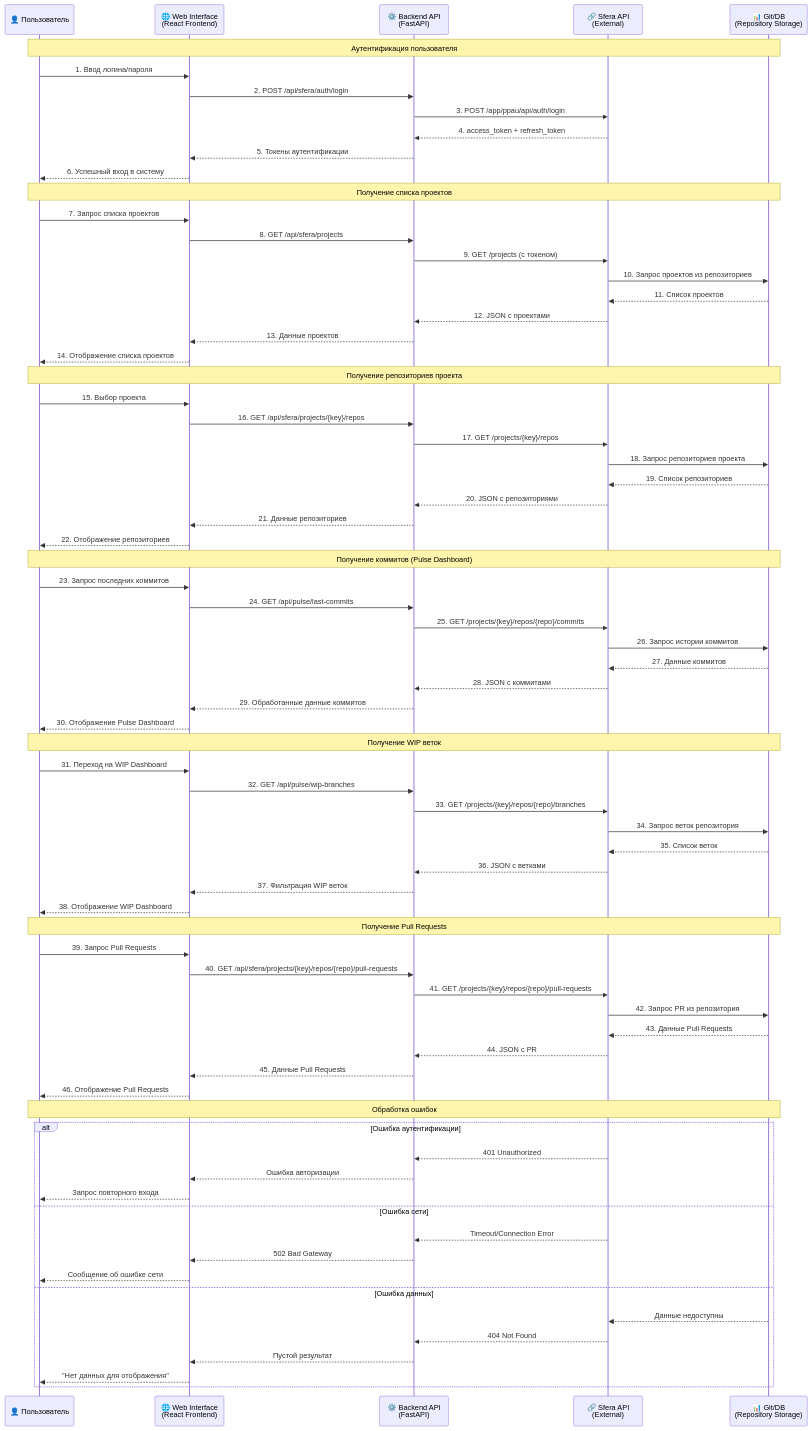
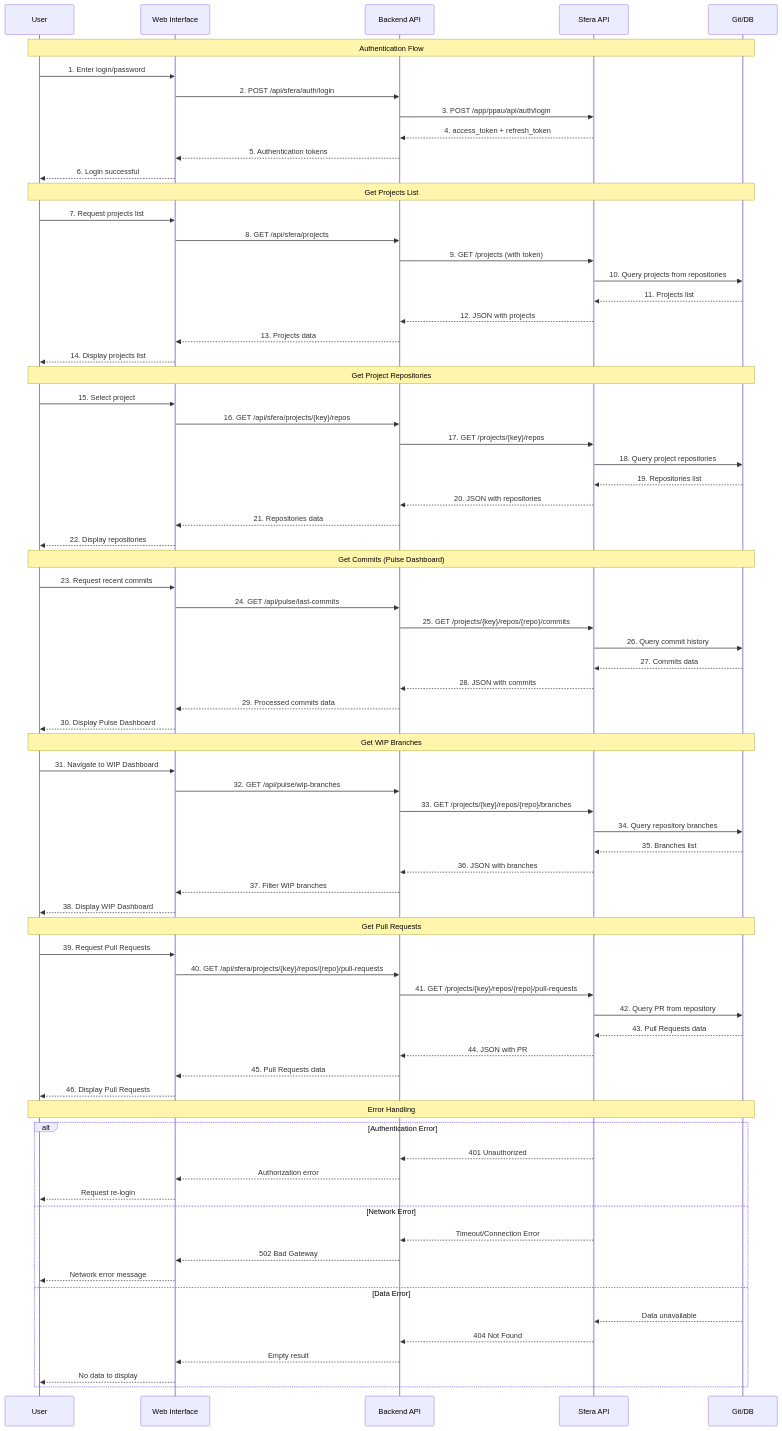
The diagram in sequence.md (topor-tech/git-hack-nsk), drawn with Mermaid before and after one commit. The commit also changed 8 other files, not shown here.

````diff
--- a/sequence.md
+++ b/sequence.md
@@ -3,82 +3,82 @@
 ```mermaid
 sequenceDiagram
-    participant User as 👤 Пользователь
-    participant WebUI as 🌐 Web Interface<br/>(React Frontend)
-    participant Backend as ⚙️ Backend API<br/>(FastAPI)
-    participant SferaAPI as 🔗 Sfera API<br/>(External)
-    participant GitDB as 📊 Git/DB<br/>(Repository Storage)
+    participant User as User
+    participant WebUI as Web Interface
+    participant Backend as Backend API
+    participant SferaAPI as Sfera API
+    participant GitDB as Git/DB
 
-    Note over User, GitDB: Аутентификация пользователя
-    User->>WebUI: 1. Ввод логина/пароля
+    Note over User, GitDB: Authentication Flow
+    User->>WebUI: 1. Enter login/password
     WebUI->>Backend: 2. POST /api/sfera/auth/login
     Backend->>SferaAPI: 3. POST /app/ppau/api/auth/login
     SferaAPI-->>Backend: 4. access_token + refresh_token
-    Backend-->>WebUI: 5. Токены аутентификации
-    WebUI-->>User: 6. Успешный вход в систему
+    Backend-->>WebUI: 5. Authentication tokens
+    WebUI-->>User: 6. Login successful
 
-    Note over User, GitDB: Получение списка проектов
-    User->>WebUI: 7. Запрос списка проектов
+    Note over User, GitDB: Get Projects List
+    User->>WebUI: 7. Request projects list
     WebUI->>Backend: 8. GET /api/sfera/projects
-    Backend->>SferaAPI: 9. GET /projects (с токеном)
-    SferaAPI->>GitDB: 10. Запрос проектов из репозиториев
-    GitDB-->>SferaAPI: 11. Список проектов
-    SferaAPI-->>Backend: 12. JSON с проектами
-    Backend-->>WebUI: 13. Данные проектов
-    WebUI-->>User: 14. Отображение списка проектов
+    Backend->>SferaAPI: 9. GET /projects (with token)
+    SferaAPI->>GitDB: 10. Query projects from repositories
+    GitDB-->>SferaAPI: 11. Projects list
+    SferaAPI-->>Backend: 12. JSON with projects
+    Backend-->>WebUI: 13. Projects data
+    WebUI-->>User: 14. Display projects list
 
-    Note over User, GitDB: Получение репозиториев проекта
-    User->>WebUI: 15. Выбор проекта
+    Note over User, GitDB: Get Project Repositories
+    User->>WebUI: 15. Select project
     WebUI->>Backend: 16. GET /api/sfera/projects/{key}/repos
     Backend->>SferaAPI: 17. GET /projects/{key}/repos
-    SferaAPI->>GitDB: 18. Запрос репозиториев проекта
-    GitDB-->>SferaAPI: 19. Список репозиториев
-    SferaAPI-->>Backend: 20. JSON с репозиториями
-    Backend-->>WebUI: 21. Данные репозиториев
-    WebUI-->>User: 22. Отображение репозиториев
+    SferaAPI->>GitDB: 18. Query project repositories
+    GitDB-->>SferaAPI: 19. Repositories list
+    SferaAPI-->>Backend: 20. JSON with repositories
+    Backend-->>WebUI: 21. Repositories data
+    WebUI-->>User: 22. Display repositories
 
-    Note over User, GitDB: Получение коммитов (Pulse Dashboard)
-    User->>WebUI: 23. Запрос последних коммитов
+    Note over User, GitDB: Get Commits (Pulse Dashboard)
+    User->>WebUI: 23. Request recent commits
     WebUI->>Backend: 24. GET /api/pulse/last-commits
     Backend->>SferaAPI: 25. GET /projects/{key}/repos/{repo}/commits
-    SferaAPI->>GitDB: 26. Запрос истории коммитов
-    GitDB-->>SferaAPI: 27. Данные коммитов
-    SferaAPI-->>Backend: 28. JSON с коммитами
-    Backend-->>WebUI: 29. Обработанные данные коммитов
-    WebUI-->>User: 30. Отображение Pulse Dashboard
+    SferaAPI->>GitDB: 26. Query commit history
+    GitDB-->>SferaAPI: 27. Commits data
+    SferaAPI-->>Backend: 28. JSON with commits
+    Backend-->>WebUI: 29. Processed commits data
+    WebUI-->>User: 30. Display Pulse Dashboard
 
-    Note over User, GitDB: Получение WIP веток
-    User->>WebUI: 31. Переход на WIP Dashboard
+    Note over User, GitDB: Get WIP Branches
+    User->>WebUI: 31. Navigate to WIP Dashboard
     WebUI->>Backend: 32. GET /api/pulse/wip-branches
     Backend->>SferaAPI: 33. GET /projects/{key}/repos/{repo}/branches
-    SferaAPI->>GitDB: 34. Запрос веток репозитория
-    GitDB-->>SferaAPI: 35. Список веток
-    SferaAPI-->>Backend: 36. JSON с ветками
-    Backend-->>WebUI: 37. Фильтрация WIP веток
-    WebUI-->>User: 38. Отображение WIP Dashboard
+    SferaAPI->>GitDB: 34. Query repository branches
+    GitDB-->>SferaAPI: 35. Branches list
+    SferaAPI-->>Backend: 36. JSON with branches
+    Backend-->>WebUI: 37. Filter WIP branches
+    WebUI-->>User: 38. Display WIP Dashboard
 
-    Note over User, GitDB: Получение Pull Requests
-    User->>WebUI: 39. Запрос Pull Requests
+    Note over User, GitDB: Get Pull Requests
+    User->>WebUI: 39. Request Pull Requests
     WebUI->>Backend: 40. GET /api/sfera/projects/{key}/repos/{repo}/pull-requests
     Backend->>SferaAPI: 41. GET /projects/{key}/repos/{repo}/pull-requests
-    SferaAPI->>GitDB: 42. Запрос PR из репозитория
-    GitDB-->>SferaAPI: 43. Данные Pull Requests
-    SferaAPI-->>Backend: 44. JSON с PR
-    Backend-->>WebUI: 45. Данные Pull Requests
-    WebUI-->>User: 46. Отображение Pull Requests
+    SferaAPI->>GitDB: 42. Query PR from repository
+    GitDB-->>SferaAPI: 43. Pull Requests data
+    SferaAPI-->>Backend: 44. JSON with PR
+    Backend-->>WebUI: 45. Pull Requests data
+    WebUI-->>User: 46. Display Pull Requests
 
-    Note over User, GitDB: Обработка ошибок
-    alt Ошибка аутентификации
+    Note over User, GitDB: Error Handling
+    alt Authentication Error
         SferaAPI-->>Backend: 401 Unauthorized
-        Backend-->>WebUI: Ошибка авторизации
-        WebUI-->>User: Запрос повторного входа
-    else Ошибка сети
+        Backend-->>WebUI: Authorization error
+        WebUI-->>User: Request re-login
+    else Network Error
         SferaAPI-->>Backend: Timeout/Connection Error
         Backend-->>WebUI: 502 Bad Gateway
-        WebUI-->>User: Сообщение об ошибке сети
-    else Ошибка данных
-        GitDB-->>SferaAPI: Данные недоступны
+        WebUI-->>User: Network error message
+    else Data Error
+        GitDB-->>SferaAPI: Data unavailable
         SferaAPI-->>Backend: 404 Not Found
-        Backend-->>WebUI: Пустой результат
-        WebUI-->>User: "Нет данных для отображения"
+        Backend-->>WebUI: Empty result
+        WebUI-->>User: No data to display
     end
 ```
````
